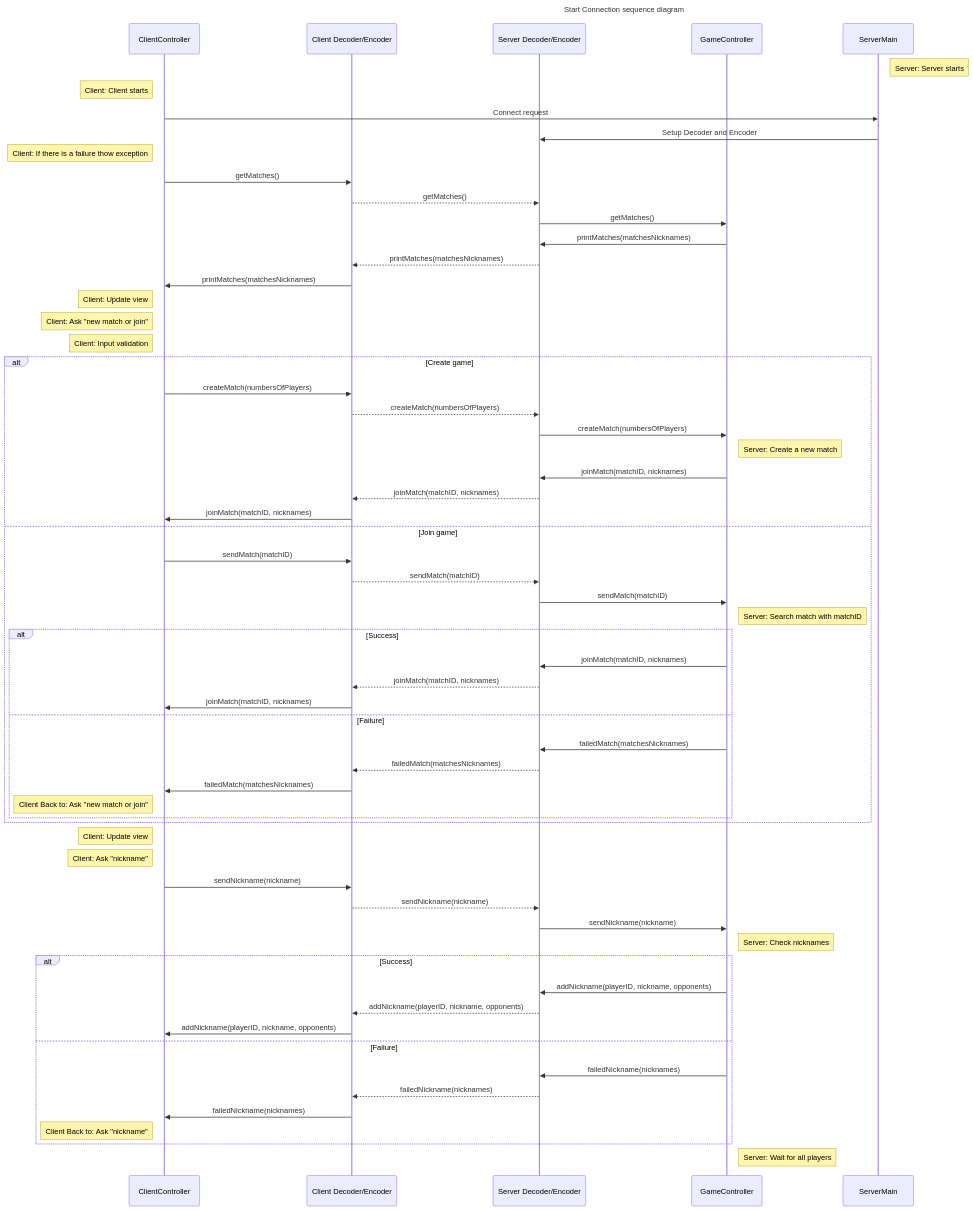
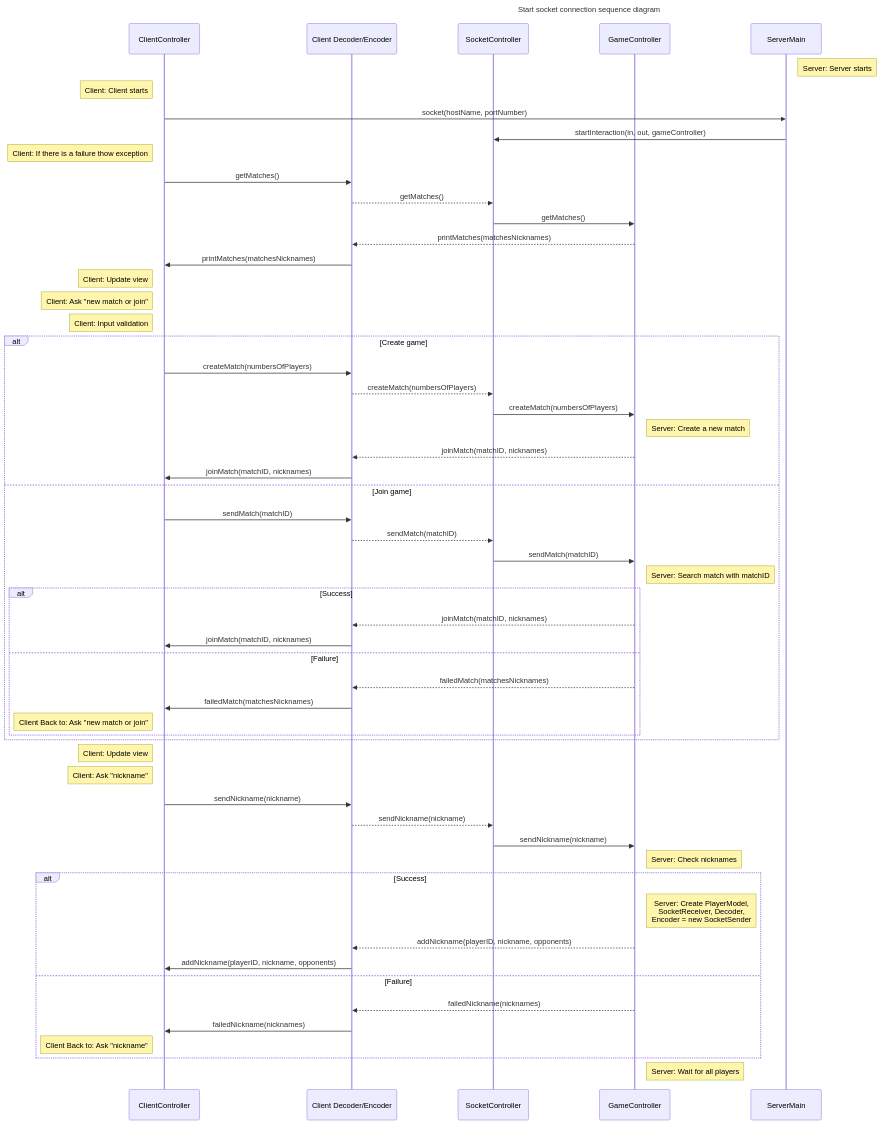
Before and after one commit to SteveOrDan/IS24-AM17: the third of 8 diagrams in README.md, drawn with Mermaid. The commit also changed other lines of this file, not shown here.

First line of the commit message:
Sequence diagram  changes

````diff
--- a/README.md
+++ b/README.md
@@ -871,11 +871,11 @@
 ```mermaid
 
 sequenceDiagram
-    title Start Connection sequence diagram
+    title Start socket connection sequence diagram
 
     participant C as ClientController
     participant Cn as Client Decoder/Encoder
-    participant Sn as Server Decoder/Encoder
+    participant Sn as SocketController
     participant G as GameController
     participant S as ServerMain
 
@@ -883,9 +883,9 @@
 
     Note left of C: Client: Client starts
 
-    C->>S: Connect request
+    C->>S: socket(hostName, portNumber)
 
-    S->>Sn: Setup Decoder and Encoder
+    S->>Sn: startInteraction(in, out, gameController)
 
     Note left of C: Client: If there is a failure thow exception
 
@@ -895,9 +895,7 @@
 
     Sn->>G: getMatches()
 
-    G->>Sn: printMatches(matchesNicknames)
-
-    Sn-->>Cn: printMatches(matchesNicknames)
+    G-->>Cn: printMatches(matchesNicknames)
 
     Cn->>C: printMatches(matchesNicknames)
 
@@ -914,9 +912,7 @@
 
         Note right of G: Server: Create a new match
 
-        G->>Sn: joinMatch(matchID, nicknames)
-
-        Sn-->>Cn: joinMatch(matchID, nicknames)
+        G-->>Cn: joinMatch(matchID, nicknames)
 
         Cn->>C: joinMatch(matchID, nicknames)
     else Join game
@@ -928,15 +924,11 @@
 
         Note right of G: Server: Search match with matchID
         alt Success
-            G->>Sn: joinMatch(matchID, nicknames)
-
-            Sn-->>Cn: joinMatch(matchID, nicknames)
+            G-->>Cn: joinMatch(matchID, nicknames)
 
             Cn->>C: joinMatch(matchID, nicknames)
         else Failure
-            G->>Sn: failedMatch(matchesNicknames)
-
-            Sn-->>Cn: failedMatch(matchesNicknames)
+            G-->>Cn: failedMatch(matchesNicknames)
 
             Cn->>C: failedMatch(matchesNicknames)
             Note left of C: Client Back to: Ask "new match or join"
@@ -954,15 +946,13 @@
 
     Note right of G: Server: Check nicknames
     alt Success
-        G->>Sn: addNickname(playerID, nickname, opponents)
+        Note right of G: Server: Create PlayerModel,<br> SocketReceiver, Decoder,<br> Encoder = new SocketSender
 
-        Sn-->>Cn: addNickname(playerID, nickname, opponents)
+        G-->>Cn: addNickname(playerID, nickname, opponents)
 
         Cn->>C: addNickname(playerID, nickname, opponents)
     else Failure
-        G->>Sn: failedNickname(nicknames)
-
-        Sn-->>Cn: failedNickname(nicknames)
+        G-->>Cn: failedNickname(nicknames)
 
         Cn->>C: failedNickname(nicknames)
         Note left of C: Client Back to: Ask "nickname"
````
